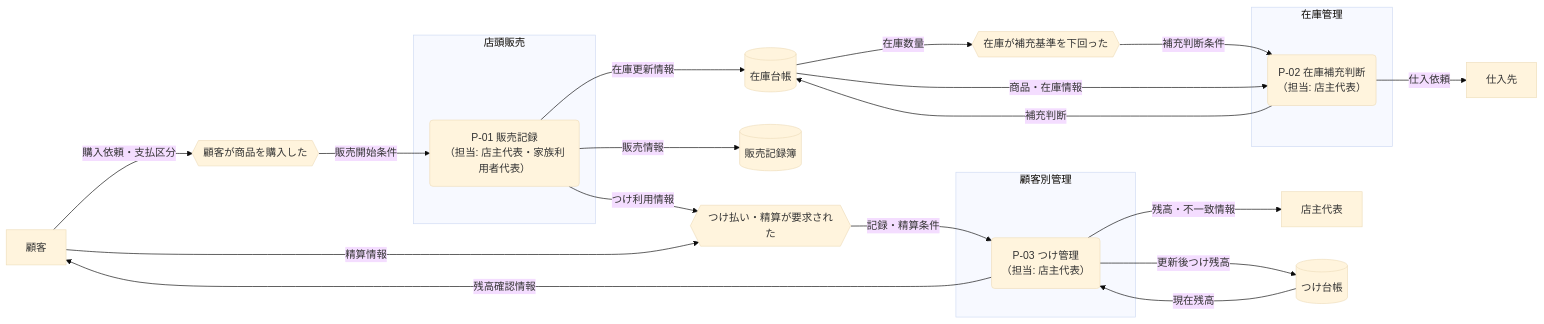
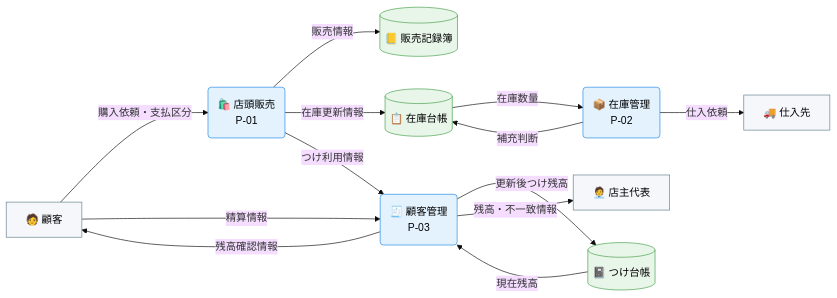
The diagram in docs/ja/specdojo/samples/cdfd-overview-sample.md (specdojo/specdojo), drawn with Mermaid (base theme) before and after one commit. The commit also changed other lines of this file, not shown here.

````diff
--- a/docs/ja/specdojo/samples/cdfd-overview-sample.md
+++ b/docs/ja/specdojo/samples/cdfd-overview-sample.md
@@ -34,45 +39,37 @@
 ```mermaid
 flowchart LR
-  顧客["顧客"]
-  仕入先["仕入先"]
-  店主代表["店主代表"]
+  classDef process fill:#e3f2fd,stroke:#1e88e5,color:#000
+  classDef store fill:#e8f5e9,stroke:#43a047,color:#000
+  classDef actor fill:#f5f7fa,stroke:#607d8b,color:#000
 
-  購入発生{{"顧客が商品を購入した"}}
-  補充基準割れ{{"在庫が補充基準を下回った"}}
-  つけ要求{{"つけ払い・精算が要求された"}}
+  顧客["🧑 顧客"]
+  仕入先["🚚 仕入先"]
+  店主代表["🧑‍💼 店主代表"]
 
-  subgraph 店頭販売["店頭販売"]
-    販売記録("P-01 販売記録<br>（担当: 店主代表・家族利用者代表）")
-  end
+  店頭販売("🛍️ 店頭販売<br>P-01")
+  在庫管理("📦 在庫管理<br>P-02")
+  顧客管理("🧾 顧客管理<br>P-03")
 
-  subgraph 在庫管理["在庫管理"]
-    在庫補充判断("P-02 在庫補充判断<br>（担当: 店主代表）")
-  end
+  販売記録簿[("📒 販売記録簿")]
+  在庫台帳[("📋 在庫台帳")]
+  つけ台帳[("📓 つけ台帳")]
 
-  subgraph 顧客別管理["顧客別管理"]
-    つけ管理("P-03 つけ管理<br>（担当: 店主代表）")
-  end
+  顧客 -->|"購入依頼・支払区分"| 店頭販売
+  店頭販売 -->|"販売情報"| 販売記録簿
+  店頭販売 -->|"在庫更新情報"| 在庫台帳
+  店頭販売 -->|"つけ利用情報"| 顧客管理
 
-  販売記録簿[("販売記録簿")]
-  在庫台帳[("在庫台帳")]
-  つけ台帳[("つけ台帳")]
+  在庫台帳 -->|"在庫数量"| 在庫管理
+  在庫管理 -->|"補充判断"| 在庫台帳
+  在庫管理 -->|"仕入依頼"| 仕入先
 
-  顧客 -->|"購入依頼・支払区分"| 購入発生
-  購入発生 -->|"販売開始条件"| 販売記録
-  販売記録 -->|"販売情報"| 販売記録簿
-  販売記録 -->|"在庫更新情報"| 在庫台帳
-  販売記録 -->|"つけ利用情報"| つけ要求
+  顧客 -->|"精算情報"| 顧客管理
+  つけ台帳 -->|"現在残高"| 顧客管理
+  顧客管理 -->|"更新後つけ残高"| つけ台帳
+  顧客管理 -->|"残高確認情報"| 顧客
+  顧客管理 -->|"残高・不一致情報"| 店主代表
 
-  在庫台帳 -->|"在庫数量"| 補充基準割れ
-  補充基準割れ -->|"補充判断条件"| 在庫補充判断
-  在庫台帳 -->|"商品・在庫情報"| 在庫補充判断
-  在庫補充判断 -->|"補充判断"| 在庫台帳
-  在庫補充判断 -->|"仕入依頼"| 仕入先
-
-  顧客 -->|"精算情報"| つけ要求
-  つけ要求 -->|"記録・精算条件"| つけ管理
-  つけ台帳 -->|"現在残高"| つけ管理
-  つけ管理 -->|"更新後つけ残高"| つけ台帳
-  つけ管理 -->|"残高確認情報"| 顧客
-  つけ管理 -->|"残高・不一致情報"| 店主代表
+  class 店頭販売,在庫管理,顧客管理 process
+  class 販売記録簿,在庫台帳,つけ台帳 store
+  class 顧客,仕入先,店主代表 actor
 ```
````
